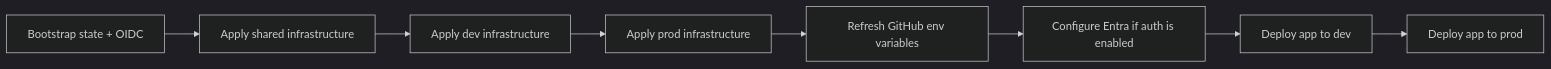
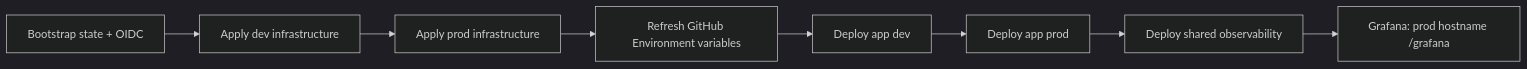
One commit to Fadi-Bedrossian/quiz_app changed the diagram in wiki/Home.md. Above: the diagram before and after it, drawn with Mermaid (dark theme). The commit also changed other lines of this file and 6 other files, not shown here.

First line of the commit message:
Refresh wiki and docs for current architecture

````diff
--- a/wiki/Home.md
+++ b/wiki/Home.md
@@ -14,10 +14,10 @@
 ```mermaid
 flowchart LR
-    B[Bootstrap state + OIDC] --> S[Apply shared infrastructure]
-    S --> D[Apply dev infrastructure]
+    B[Bootstrap state + OIDC] --> D[Apply dev infrastructure]
     D --> P[Apply prod infrastructure]
-    P --> V[Refresh GitHub env variables]
-    V --> AD[Configure Entra if auth is enabled]
-    AD --> APPD[Deploy app to dev]
-    APPD --> APPP[Deploy app to prod]
+    P --> V[Refresh GitHub Environment variables]
+    V --> AD[Deploy app dev]
+    AD --> AP[Deploy app prod]
+    AP --> O[Deploy shared observability]
+    O --> G[Grafana: prod hostname /grafana]
 ```
````
